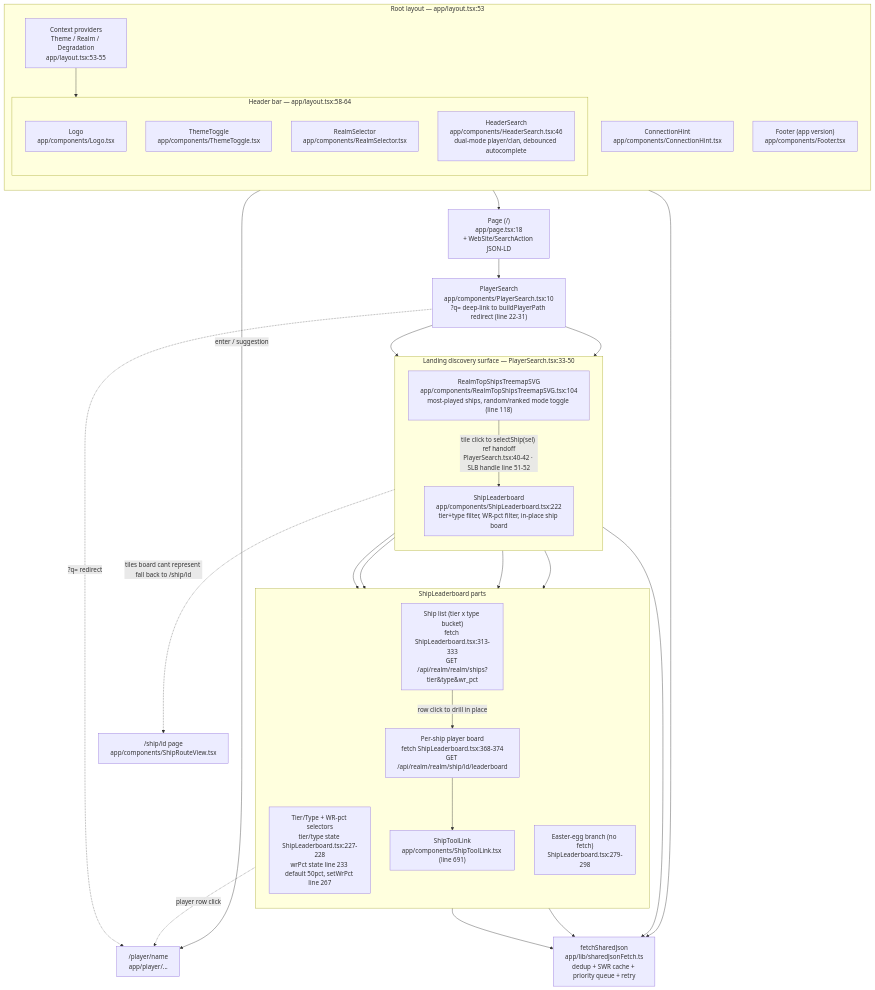
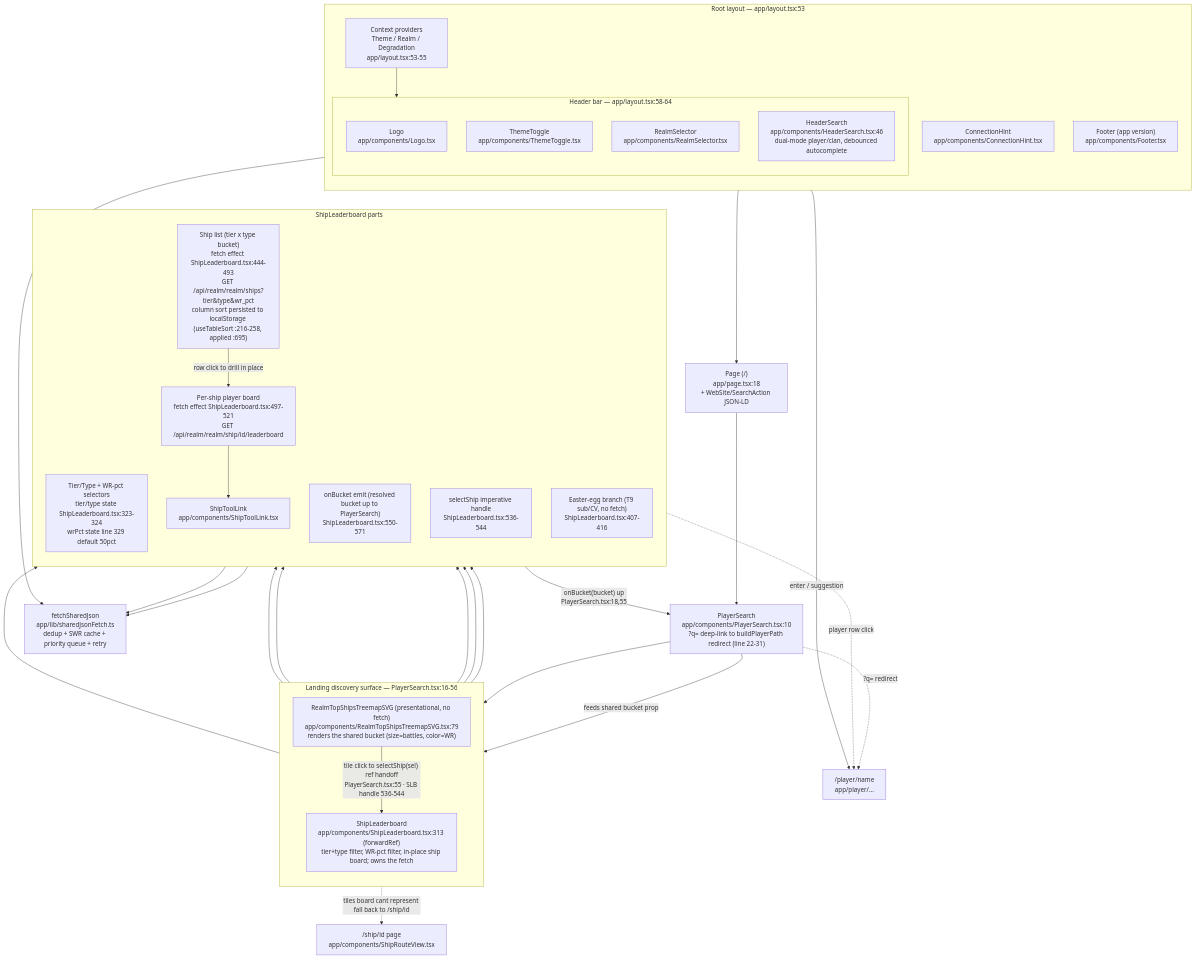
One commit to nitro-panks/battlestats changed the diagram in agents/diagrams/fe-landing-page-components.md. Above: the diagram before and after it, drawn with Mermaid. The commit also changed other lines of this file and 3 other files, not shown here.

First line of the commit message:
docs(diagrams): reconcile landing/player/floor diagrams with shipped changes

````diff
--- a/agents/diagrams/fe-landing-page-components.md
+++ b/agents/diagrams/fe-landing-page-components.md
@@ -10,66 +12,70 @@
 ```mermaid
 flowchart TD
     %% ---- Root chrome (app/layout.tsx) ----
     subgraph LAYOUT["Root layout — app/layout.tsx:53"]
         direction TB
         PROVIDERS["Context providers<br/>Theme / Realm / Degradation<br/>app/layout.tsx:53-55"]
         subgraph HEADER["Header bar — app/layout.tsx:58-64"]
             LOGO["Logo<br/>app/components/Logo.tsx"]
             THEME["ThemeToggle<br/>app/components/ThemeToggle.tsx"]
             REALM["RealmSelector<br/>app/components/RealmSelector.tsx"]
             HSEARCH["HeaderSearch<br/>app/components/HeaderSearch.tsx:46<br/>dual-mode player/clan, debounced autocomplete"]
         end
         CONNHINT["ConnectionHint<br/>app/components/ConnectionHint.tsx"]
         FOOTER["Footer (app version)<br/>app/components/Footer.tsx"]
     end
 
     %% ---- Landing page body ----
     PAGE["Page (/)<br/>app/page.tsx:18<br/>+ WebSite/SearchAction JSON-LD"]
     PSEARCH["PlayerSearch<br/>app/components/PlayerSearch.tsx:10<br/>?q= deep-link to buildPlayerPath redirect (line 22-31)"]
 
     %% ---- Discovery surface ----
-    subgraph BODY["Landing discovery surface — PlayerSearch.tsx:33-50"]
+    subgraph BODY["Landing discovery surface — PlayerSearch.tsx:16-56"]
         direction TB
-        TREEMAP["RealmTopShipsTreemapSVG<br/>app/components/RealmTopShipsTreemapSVG.tsx:104<br/>most-played ships, random/ranked mode toggle (line 118)"]
-        SHIPLB["ShipLeaderboard<br/>app/components/ShipLeaderboard.tsx:222<br/>tier+type filter, WR-pct filter, in-place ship board"]
+        TREEMAP["RealmTopShipsTreemapSVG (presentational, no fetch)<br/>app/components/RealmTopShipsTreemapSVG.tsx:79<br/>renders the shared bucket (size=battles, color=WR)"]
+        SHIPLB["ShipLeaderboard<br/>app/components/ShipLeaderboard.tsx:313 (forwardRef)<br/>tier+type filter, WR-pct filter, in-place ship board; owns the fetch"]
     end
 
     %% ---- ShipLeaderboard internals ----
     subgraph SLB_INTERNALS["ShipLeaderboard parts"]
         direction TB
-        SELECTORS["Tier/Type + WR-pct selectors<br/>tier/type state ShipLeaderboard.tsx:227-228<br/>wrPct state line 233 default 50pct, setWrPct line 267"]
-        LIST["Ship list (tier x type bucket)<br/>fetch ShipLeaderboard.tsx:313-333<br/>GET /api/realm/realm/ships?tier&type&wr_pct"]
-        BOARD["Per-ship player board<br/>fetch ShipLeaderboard.tsx:368-374<br/>GET /api/realm/realm/ship/id/leaderboard"]
-        EGG["Easter-egg branch (no fetch)<br/>ShipLeaderboard.tsx:279-298"]
-        STOOL["ShipToolLink<br/>app/components/ShipToolLink.tsx (line 691)"]
+        SELECTORS["Tier/Type + WR-pct selectors<br/>tier/type state ShipLeaderboard.tsx:323-324<br/>wrPct state line 329 default 50pct"]
+        LIST["Ship list (tier x type bucket)<br/>fetch effect ShipLeaderboard.tsx:444-493<br/>GET /api/realm/realm/ships?tier&type&wr_pct<br/>column sort persisted to localStorage (useTableSort :216-258, applied :695)"]
+        BOARD["Per-ship player board<br/>fetch effect ShipLeaderboard.tsx:497-521<br/>GET /api/realm/realm/ship/id/leaderboard"]
+        EMIT["onBucket emit (resolved bucket up to PlayerSearch)<br/>ShipLeaderboard.tsx:550-571"]
+        HANDLE["selectShip imperative handle<br/>ShipLeaderboard.tsx:536-544"]
+        EGG["Easter-egg branch (T9 sub/CV, no fetch)<br/>ShipLeaderboard.tsx:407-416"]
+        STOOL["ShipToolLink<br/>app/components/ShipToolLink.tsx"]
     end
 
     %% ---- Shared infra ----
     FETCH["fetchSharedJson<br/>app/lib/sharedJsonFetch.ts<br/>dedup + SWR cache + priority queue + retry"]
 
     %% ---- edges ----
     PROVIDERS --> HEADER
     LAYOUT --> PAGE
     PAGE --> PSEARCH
-    PSEARCH --> TREEMAP
+    PSEARCH -- "feeds shared bucket prop" --> TREEMAP
     PSEARCH --> SHIPLB
 
-    TREEMAP -- "tile click to selectShip(sel) ref handoff<br/>PlayerSearch.tsx:40-42 · SLB handle line 51-52" --> SHIPLB
+    TREEMAP -- "tile click to selectShip(sel) ref handoff<br/>PlayerSearch.tsx:55 · SLB handle 536-544" --> SHIPLB
     TREEMAP -. "tiles board cant represent fall back to /ship/id" .-> SHIPROUTE["/ship/id page<br/>app/components/ShipRouteView.tsx"]
 
     SHIPLB --> SELECTORS
     SHIPLB --> LIST
     SHIPLB --> BOARD
+    SHIPLB --> EMIT
+    SHIPLB --> HANDLE
     SHIPLB --> EGG
     BOARD --> STOOL
     LIST -- "row click to drill in place" --> BOARD
+    EMIT -- "onBucket(bucket) up<br/>PlayerSearch.tsx:18,55" --> PSEARCH
 
     HSEARCH -- "enter / suggestion" --> PLAYERPAGE["/player/name<br/>app/player/..."]
     PSEARCH -. "?q= redirect" .-> PLAYERPAGE
     BOARD -. "player row click" .-> PLAYERPAGE
 
-    TREEMAP --> FETCH
     LIST --> FETCH
     BOARD --> FETCH
     HSEARCH --> FETCH
 ```
````
